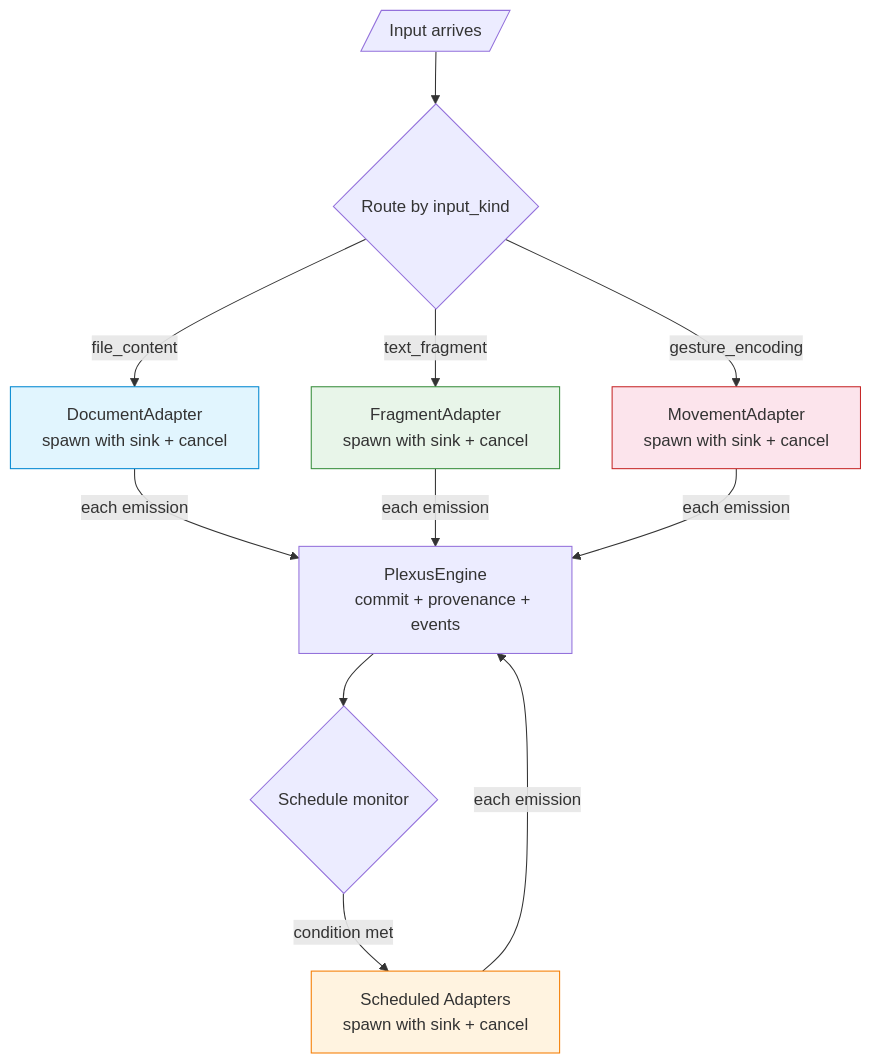
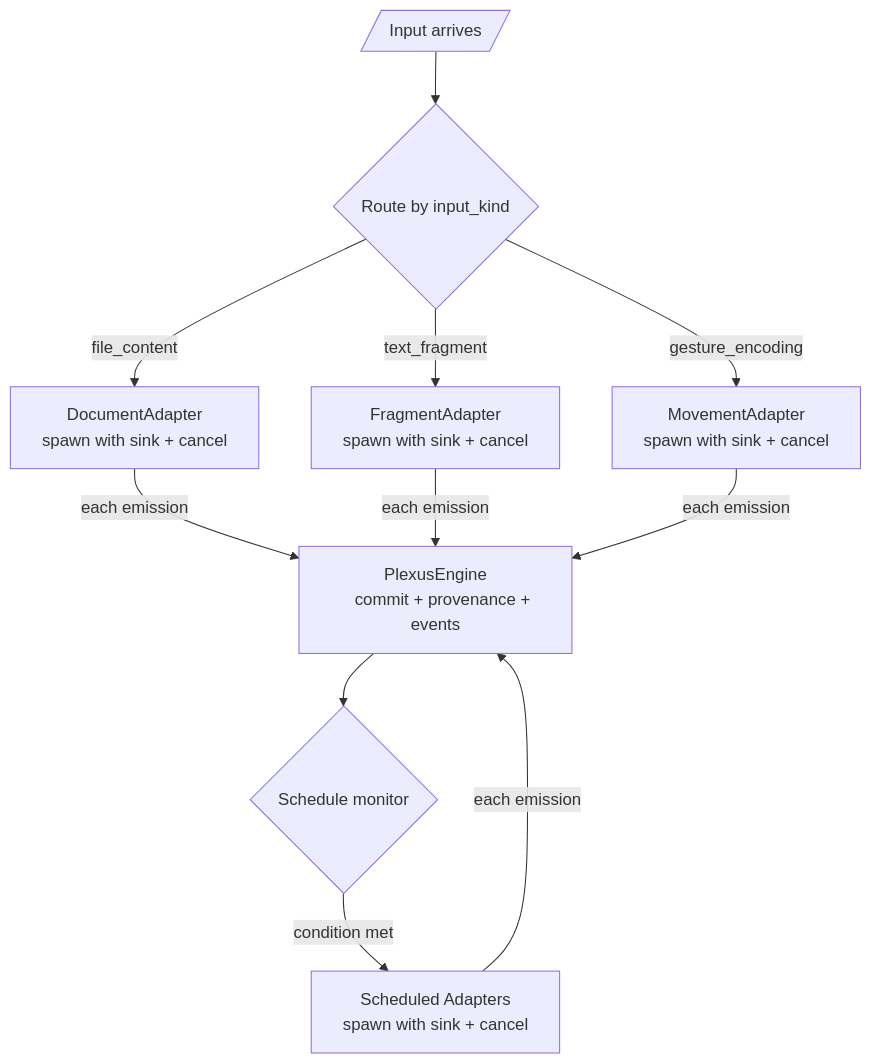
The sixth of 7 diagrams in docs/semantic-adapters-design.md (nrgforge/plexus), drawn with Mermaid before and after one commit. The commit also changed other lines of this file and 1 other file, not shown here.

Commit message:
docs: remove background colors from mermaid diagrams

````diff
--- a/docs/semantic-adapters-design.md
+++ b/docs/semantic-adapters-design.md
@@ -298,29 +293,25 @@
 ```mermaid
 flowchart TB
     input[/"Input arrives"/]
     input --> route{"Route by input_kind"}
 
     route -->|file_content| da["DocumentAdapter
     spawn with sink + cancel"]
     route -->|text_fragment| fa["FragmentAdapter
     spawn with sink + cancel"]
     route -->|gesture_encoding| ma["MovementAdapter
     spawn with sink + cancel"]
 
     da -->|each emission| engine
     fa -->|each emission| engine
     ma -->|each emission| engine
 
     engine["PlexusEngine
     commit + provenance + events"]
 
     engine --> monitor{"Schedule monitor"}
     monitor -->|condition met| scheduled["Scheduled Adapters
     spawn with sink + cancel"]
     scheduled -->|each emission| engine
 
-    style da fill:#e1f5fe,stroke:#0288d1
-    style fa fill:#e8f5e9,stroke:#388e3c
-    style ma fill:#fce4ec,stroke:#c62828
-    style scheduled fill:#fff3e0,stroke:#f57c00
 ```
````
